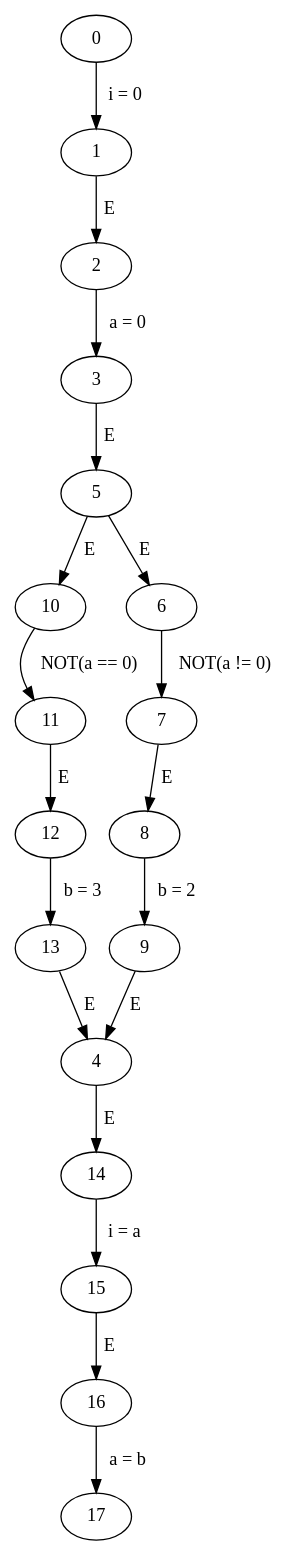
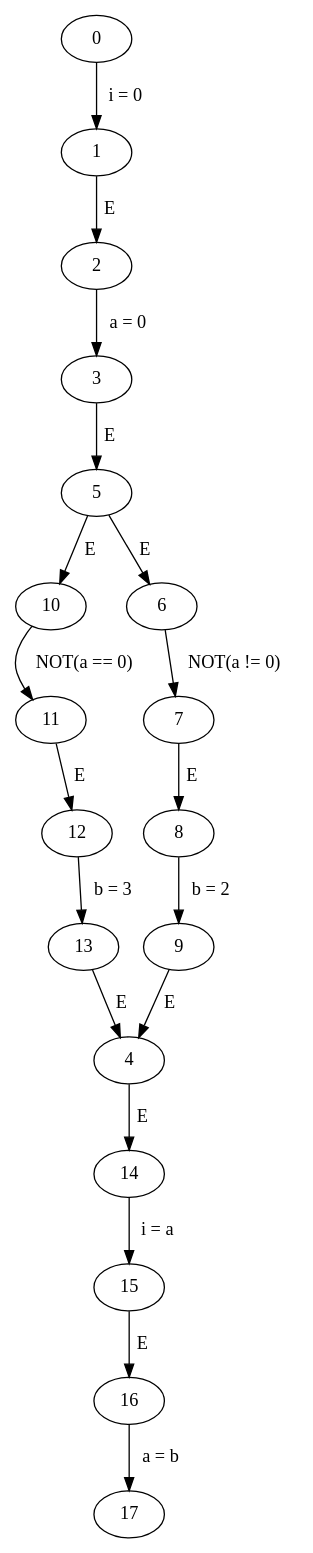
The diagram in code/norm_cfgs/if_NOT/if_NOT.gv (Harman309/project6), drawn with Graphviz before and after one commit. The commit also changed other lines of this file and 39 other files, not shown here.

```diff
--- a/code/norm_cfgs/if_NOT/if_NOT.gv
+++ b/code/norm_cfgs/if_NOT/if_NOT.gv
@@ -1,21 +1,21 @@
 // if_NOT
 digraph {
-	1 -> 2 [label=" E "]
-	2 -> 3 [label=" a = 0 "]
-	9 -> 4 [label=" E "]
-	16 -> 17 [label=" a = b "]
+	14 -> 15 [label=" i = a "]
+	4 -> 14 [label=" E "]
 	7 -> 8 [label=" E "]
 	5 -> 10 [label=" E "]
+	11 -> 12 [label=" E "]
+	12 -> 13 [label=" b = 3 "]
+	16 -> 17 [label=" a = b "]
+	6 -> 7 [label=" NOT(a != 0) "]
+	15 -> 16 [label=" E "]
+	10 -> 11 [label=" NOT(a == 0) "]
+	8 -> 9 [label=" b = 2 "]
 	0 -> 1 [label=" i = 0 "]
-	6 -> 7 [label=" NOT(a != 0) "]
-	12 -> 13 [label=" b = 3 "]
+	9 -> 4 [label=" E "]
+	13 -> 4 [label=" E "]
 	3 -> 5 [label=" E "]
-	14 -> 15 [label=" i = a "]
-	10 -> 11 [label=" NOT(a == 0) "]
+	2 -> 3 [label=" a = 0 "]
+	1 -> 2 [label=" E "]
 	5 -> 6 [label=" E "]
-	4 -> 14 [label=" E "]
-	8 -> 9 [label=" b = 2 "]
-	15 -> 16 [label=" E "]
-	11 -> 12 [label=" E "]
-	13 -> 4 [label=" E "]
 }
```
